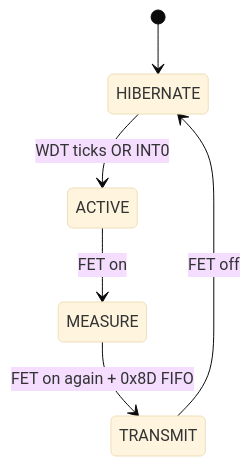
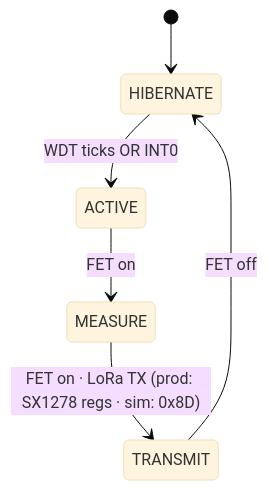
The diagram in Firmware/Firmware Hub.md (DevaBDM/SLF-EWN), drawn with Mermaid (base theme) before and after one commit. The commit also changed other lines of this file and 11 other files, not shown here.

````diff
--- a/Firmware/Firmware Hub.md
+++ b/Firmware/Firmware Hub.md
@@ -33,8 +33,8 @@
 ```mermaid
 stateDiagram-v2
     [*] --> HIBERNATE
     HIBERNATE --> ACTIVE: WDT ticks OR INT0
     ACTIVE --> MEASURE: FET on
-    MEASURE --> TRANSMIT: FET on again + 0x8D FIFO
+    MEASURE --> TRANSMIT: FET on · LoRa TX (prod: SX1278 regs · sim: 0x8D)
     TRANSMIT --> HIBERNATE: FET off
 ```
````
